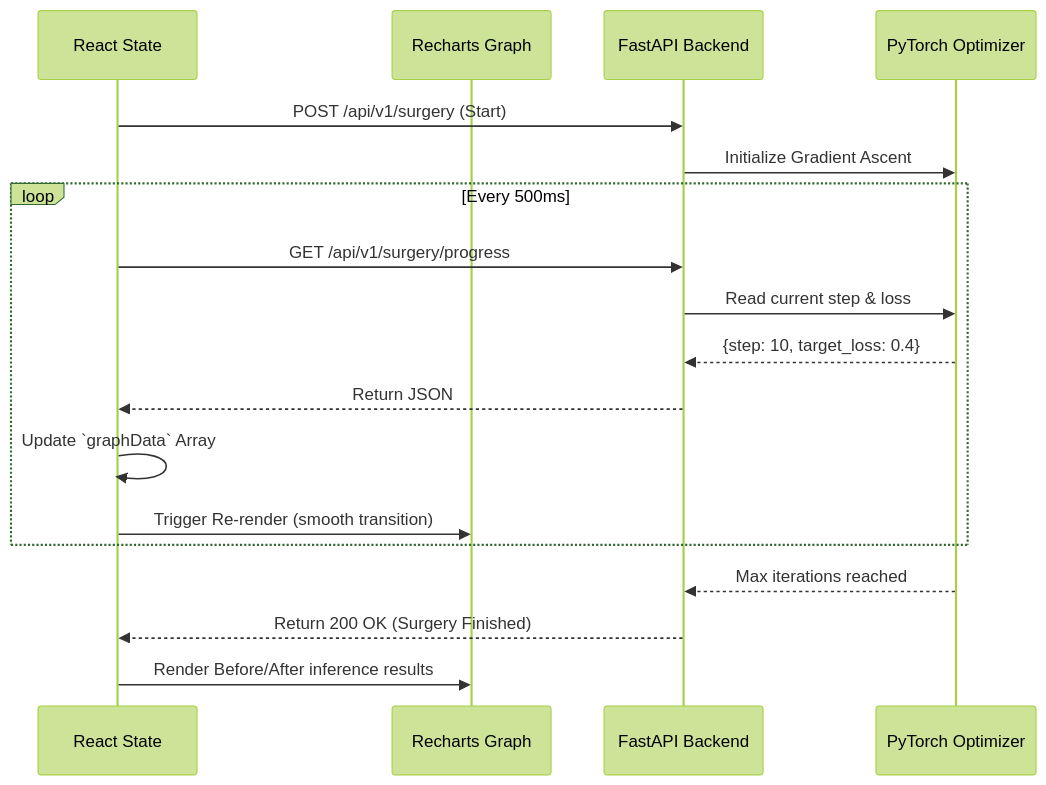
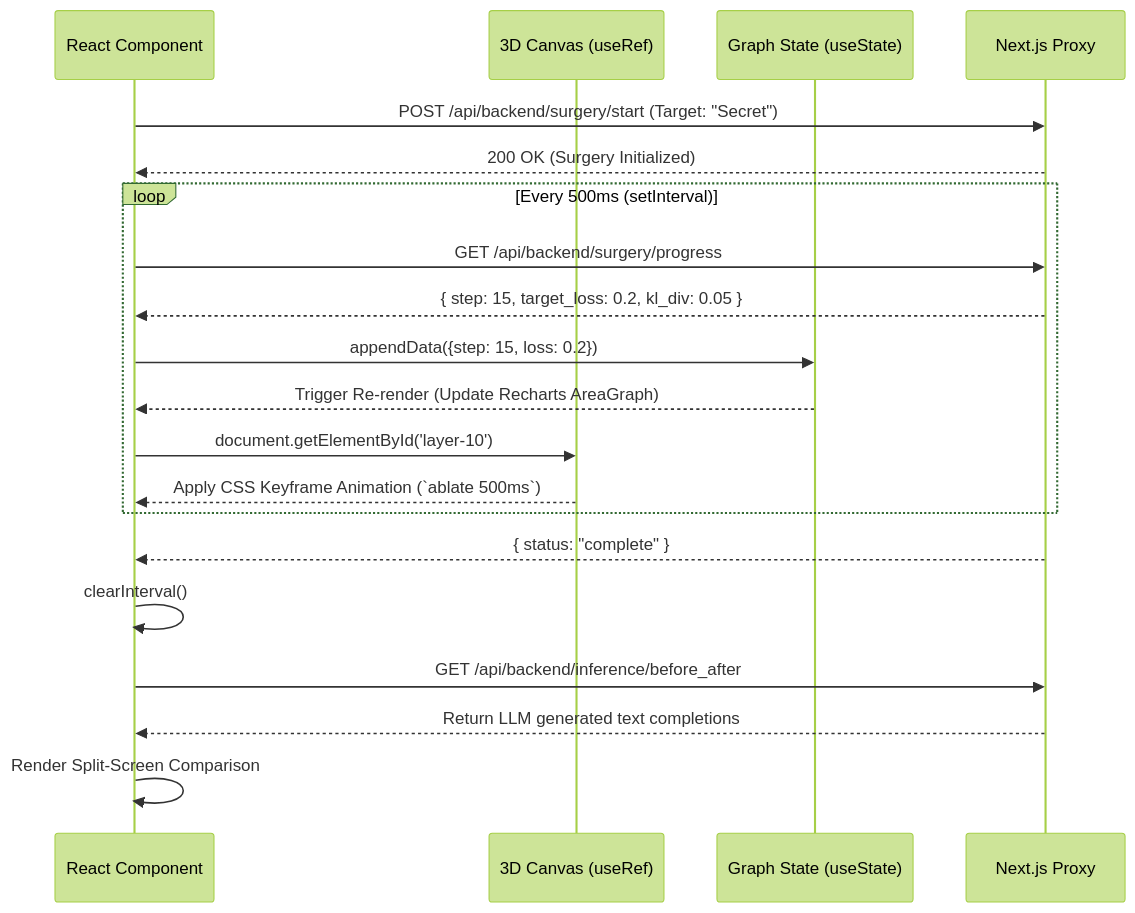
One commit to abhinandbs12/project-raze changed the second of 2 diagrams in frontend/README.md. Above: the diagram before and after it, drawn with Mermaid (forest theme). The commit also changed other lines of this file and 2 other files, not shown here.

Commit message:
Finalize comprehensive system architecture, data flows, and ablation logic documentation

````diff
--- a/frontend/README.md
+++ b/frontend/README.md
@@ -117,23 +114,28 @@
 ```mermaid
 sequenceDiagram
-    participant React as React State
-    participant UI as Recharts Graph
-    participant API as FastAPI Backend
-    participant Torch as PyTorch Optimizer
+    participant UI as React Component
+    participant Refs as 3D Canvas (useRef)
+    participant State as Graph State (useState)
+    participant API as Next.js Proxy
 
-    React->>API: POST /api/v1/surgery (Start)
-    API->>Torch: Initialize Gradient Ascent
+    UI->>API: POST /api/backend/surgery/start (Target: "Secret")
+    API-->>UI: 200 OK (Surgery Initialized)
     
-    loop Every 500ms
-        React->>API: GET /api/v1/surgery/progress
-        API->>Torch: Read current step & loss
-        Torch-->>API: {step: 10, target_loss: 0.4}
-        API-->>React: Return JSON
-        React->>React: Update `graphData` Array
-        React->>UI: Trigger Re-render (smooth transition)
+    loop Every 500ms (setInterval)
+        UI->>API: GET /api/backend/surgery/progress
+        API-->>UI: { step: 15, target_loss: 0.2, kl_div: 0.05 }
+        
+        UI->>State: appendData({step: 15, loss: 0.2})
+        State-->>UI: Trigger Re-render (Update Recharts AreaGraph)
+        
+        UI->>Refs: document.getElementById('layer-10')
+        Refs-->>UI: Apply CSS Keyframe Animation (`ablate 500ms`)
     end
     
-    Torch-->>API: Max iterations reached
-    API-->>React: Return 200 OK (Surgery Finished)
-    React->>UI: Render Before/After inference results
+    API-->>UI: { status: "complete" }
+    UI->>UI: clearInterval()
+    
+    UI->>API: GET /api/backend/inference/before_after
+    API-->>UI: Return LLM generated text completions
+    UI->>UI: Render Split-Screen Comparison
 ```
````
